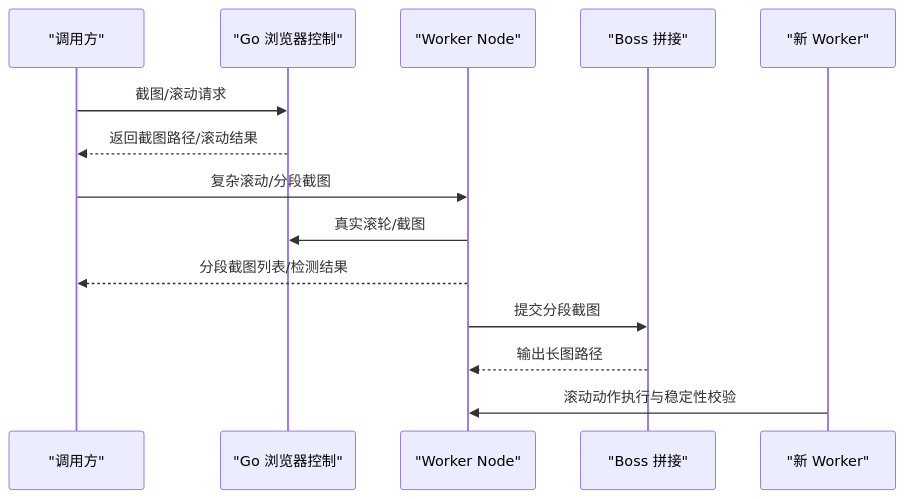
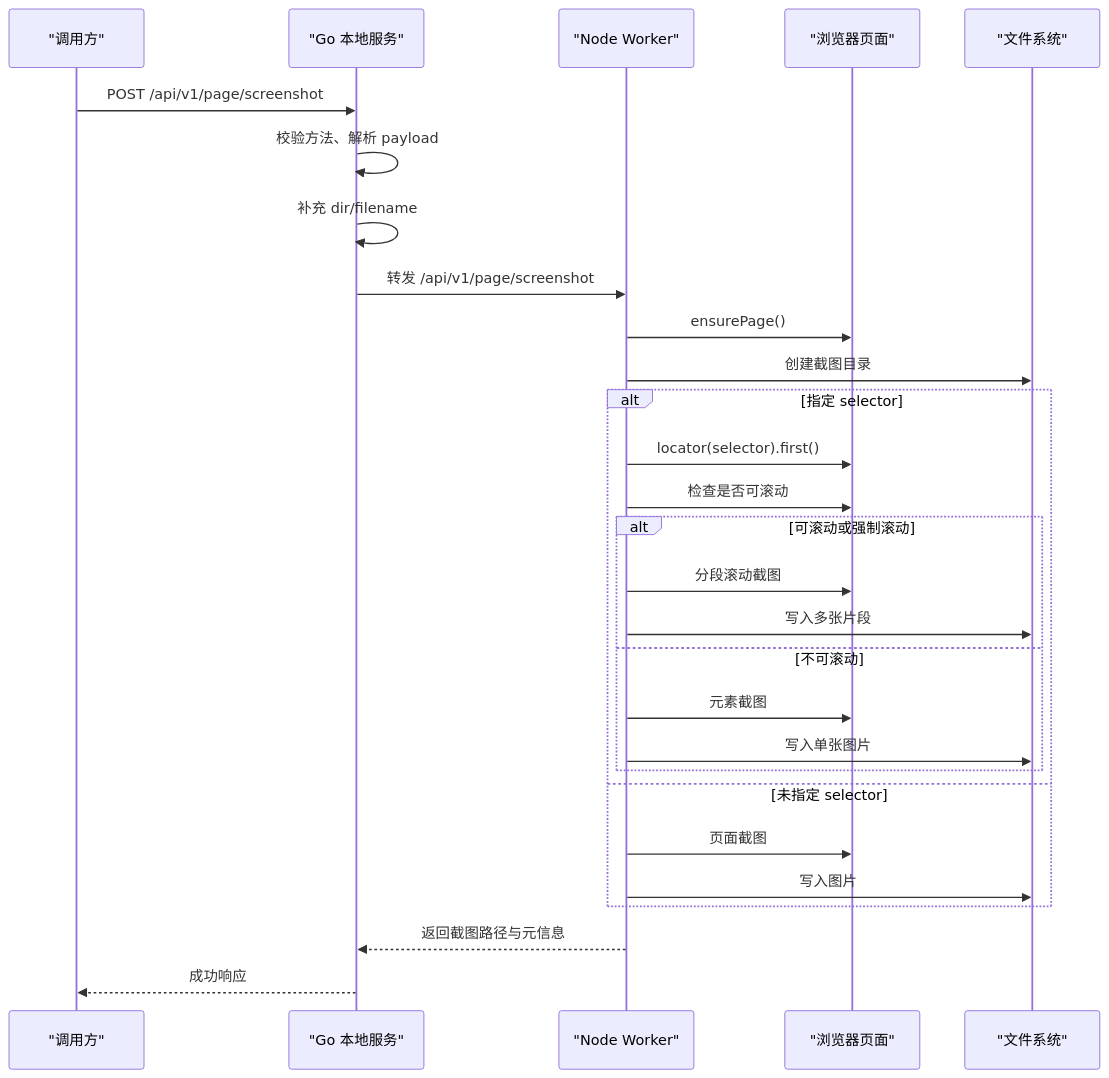
Before and after one commit to alvinwangzi/goodhr: the second of 8 diagrams in .qoder/repowiki/zh/content/本地执行器/浏览器自动化/浏览器控制器/截图与滚动控制.md, drawn with Mermaid. The commit also changed other lines of this file and 149 other files, not shown here.

````diff
--- a/.qoder/repowiki/zh/content/本地执行器/浏览器自动化/浏览器控制器/截图与滚动控制.md
+++ b/.qoder/repowiki/zh/content/本地执行器/浏览器自动化/浏览器控制器/截图与滚动控制.md
@@ -104,16 +80,30 @@
 ```mermaid
 sequenceDiagram
 participant Caller as "调用方"
-participant GoCtrl as "Go 浏览器控制"
-participant WNode as "Worker Node"
-participant Boss as "Boss 拼接"
-participant NewW as "新 Worker"
-Caller->>GoCtrl : 截图/滚动请求
-GoCtrl-->>Caller : 返回截图路径/滚动结果
-Caller->>WNode : 复杂滚动/分段截图
-WNode->>GoCtrl : 真实滚轮/截图
-WNode-->>Caller : 分段截图列表/检测结果
-WNode->>Boss : 提交分段截图
-Boss-->>WNode : 输出长图路径
-NewW->>WNode : 滚动动作执行与稳定性校验
+participant GoServer as "Go 本地服务"
+participant NodeWorker as "Node Worker"
+participant Page as "浏览器页面"
+participant FS as "文件系统"
+Caller->>GoServer : POST /api/v1/page/screenshot
+GoServer->>GoServer : 校验方法、解析 payload
+GoServer->>GoServer : 补充 dir/filename
+GoServer->>NodeWorker : 转发 /api/v1/page/screenshot
+NodeWorker->>Page : ensurePage()
+NodeWorker->>FS : 创建截图目录
+alt 指定 selector
+NodeWorker->>Page : locator(selector).first()
+NodeWorker->>Page : 检查是否可滚动
+alt 可滚动或强制滚动
+NodeWorker->>Page : 分段滚动截图
+NodeWorker->>FS : 写入多张片段
+else 不可滚动
+NodeWorker->>Page : 元素截图
+NodeWorker->>FS : 写入单张图片
+end
+else 未指定 selector
+NodeWorker->>Page : 页面截图
+NodeWorker->>FS : 写入图片
+end
+NodeWorker-->>GoServer : 返回截图路径与元信息
+GoServer-->>Caller : 成功响应
 ```
````
